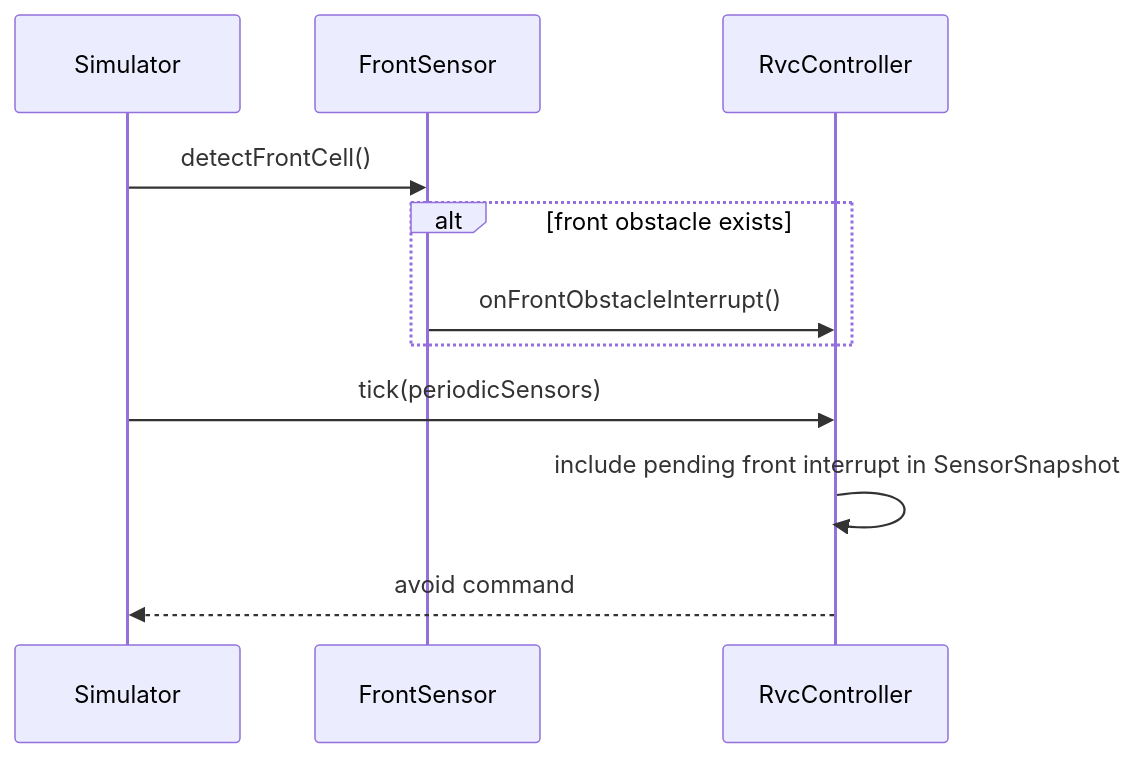
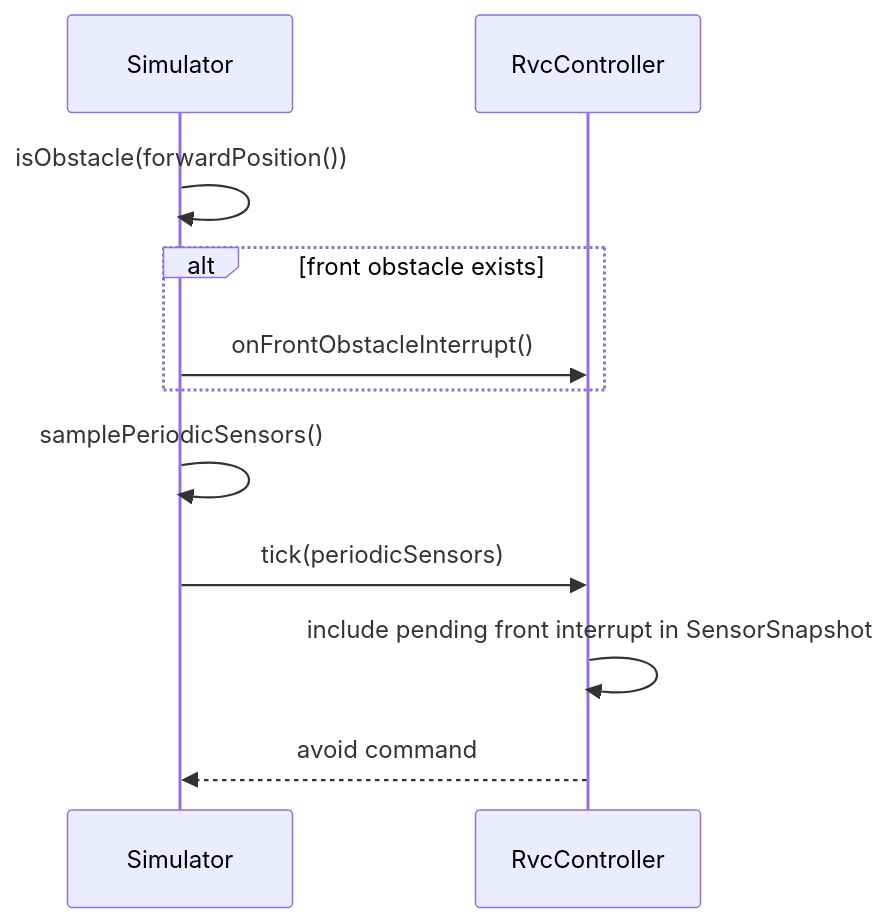
One commit to reload02/ooad-vibe changed the second of 6 diagrams in docs/ood_sequence_diagrams.md. Above: the diagram before and after it, drawn with Mermaid. The commit also changed other lines of this file and 8 other files, not shown here.

````diff
--- a/docs/ood_sequence_diagrams.md
+++ b/docs/ood_sequence_diagrams.md
@@ -25,14 +22,14 @@
 ```mermaid
 sequenceDiagram
     participant Simulator
-    participant FrontSensor
     participant Controller as RvcController
 
-    Simulator->>FrontSensor: detectFrontCell()
+    Simulator->>Simulator: isObstacle(forwardPosition())
     alt front obstacle exists
-        FrontSensor->>Controller: onFrontObstacleInterrupt()
+        Simulator->>Controller: onFrontObstacleInterrupt()
     end
+    Simulator->>Simulator: samplePeriodicSensors()
     Simulator->>Controller: tick(periodicSensors)
     Controller->>Controller: include pending front interrupt in SensorSnapshot
     Controller-->>Simulator: avoid command
 ```
````
